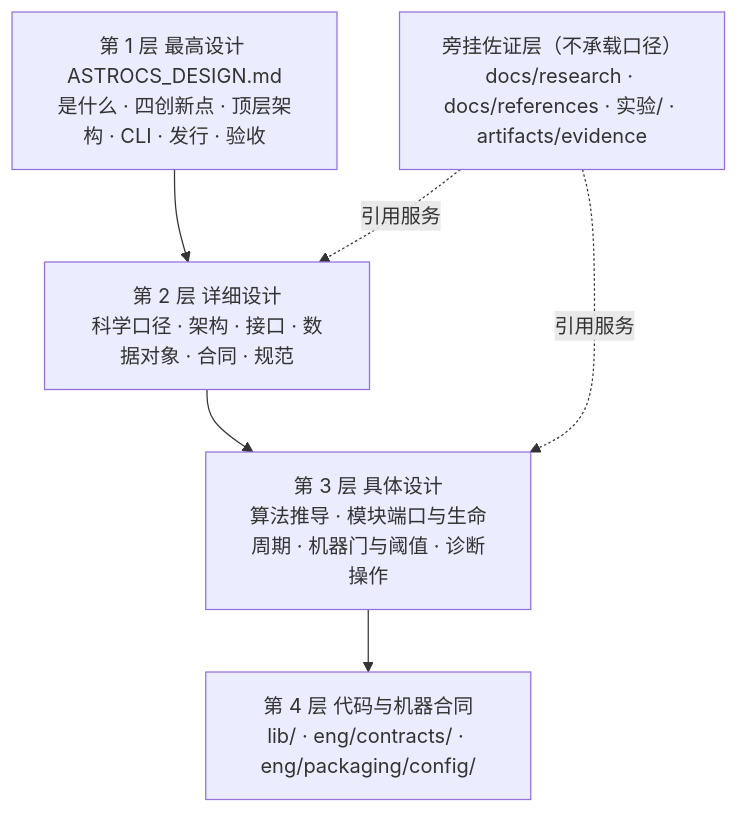
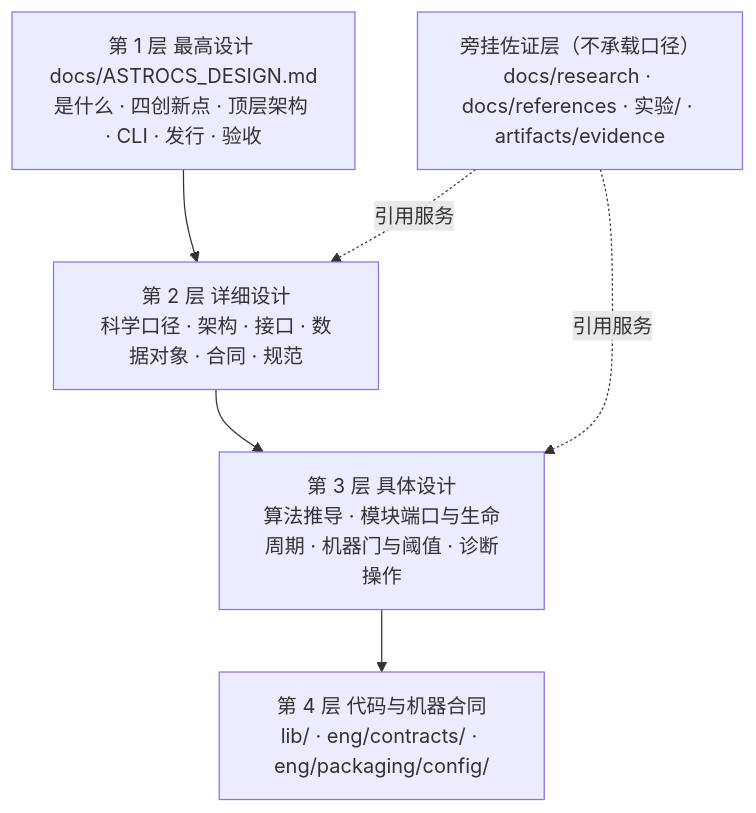
The first of 2 diagrams in 独立审计/01_文档/目标文档架构.md (fujiaze/Astro-CS-Database), drawn with Mermaid before and after one commit. The commit also changed other lines of this file and 645 other files, not shown here.

````diff
--- a/独立审计/01_文档/目标文档架构.md
+++ b/独立审计/01_文档/目标文档架构.md
@@ -7,11 +7,11 @@
 ```mermaid
 flowchart TD
-    L1["第 1 层 最高设计 ASTROCS_DESIGN.md<br/>是什么 · 四创新点 · 顶层架构 · CLI · 发行 · 验收"]
+    L1["第 1 层 最高设计 docs/ASTROCS_DESIGN.md<br/>是什么 · 四创新点 · 顶层架构 · CLI · 发行 · 验收"]
     L2["第 2 层 详细设计<br/>科学口径 · 架构 · 接口 · 数据对象 · 合同 · 规范"]
     L3["第 3 层 具体设计<br/>算法推导 · 模块端口与生命周期 · 机器门与阈值 · 诊断操作"]
     L4["第 4 层 代码与机器合同<br/>lib/ · eng/contracts/ · eng/packaging/config/"]
     EV["旁挂佐证层（不承载口径）<br/>docs/research · docs/references · 实验/ · artifacts/evidence"]
     L1 --> L2 --> L3 --> L4
     EV -. 引用服务 .-> L2
     EV -. 引用服务 .-> L3
 ```
````
